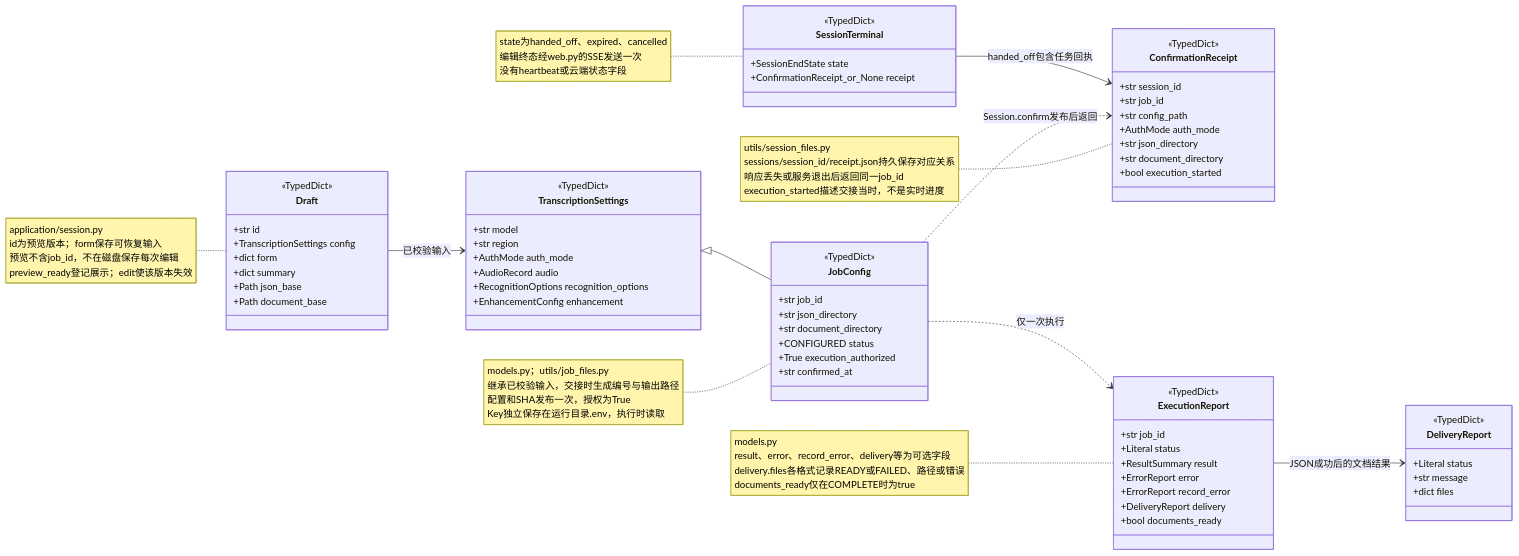
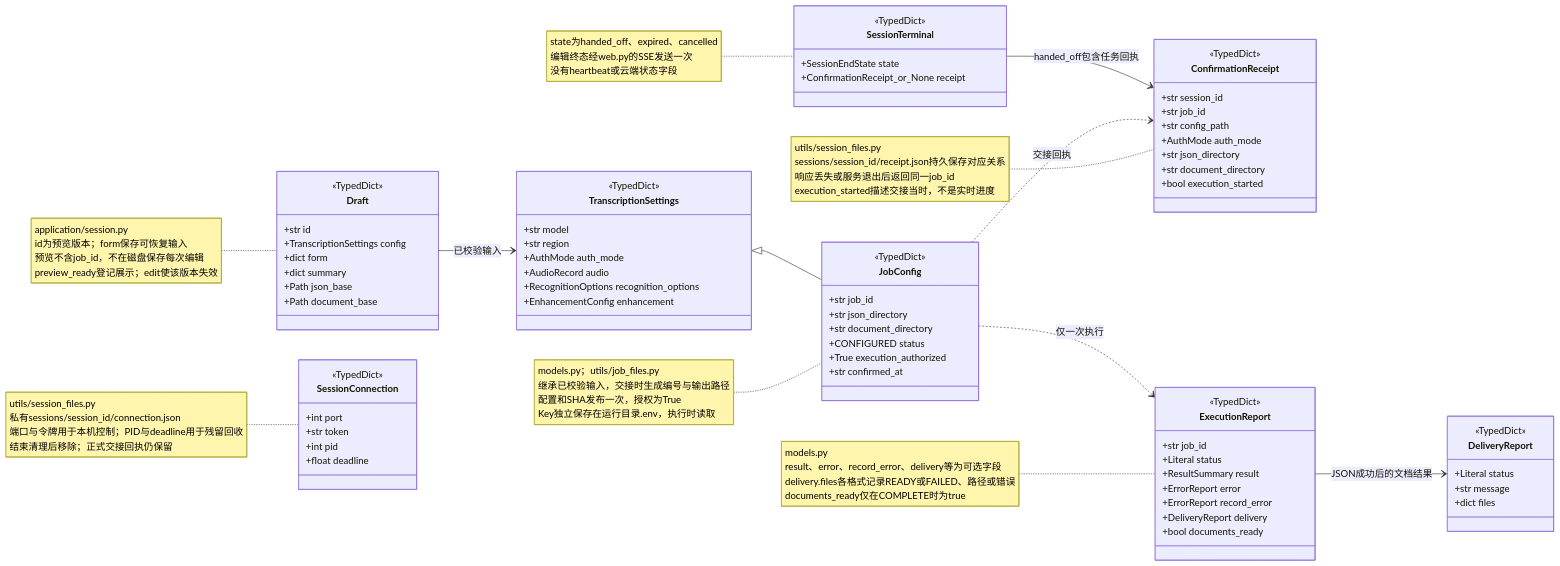
Before and after one commit to hx101700/memoflow: the diagram in doc/uml/01c-protocol.mmd, drawn with Mermaid. The commit also changed 83 other files, not shown here.

```diff
--- a/doc/uml/01c-protocol.mmd
+++ b/doc/uml/01c-protocol.mmd
@@ -1,71 +1,80 @@
 classDiagram
 direction LR
 class TranscriptionSettings {
   <<TypedDict>>
   +str model
   +str region
   +AuthMode auth_mode
   +AudioRecord audio
   +RecognitionOptions recognition_options
   +EnhancementConfig enhancement
 }
 class Draft {
   <<TypedDict>>
   +str id
   +TranscriptionSettings config
   +dict form
   +dict summary
   +Path json_base
   +Path document_base
 }
 class JobConfig {
   <<TypedDict>>
   +str job_id
   +str json_directory
   +str document_directory
   +CONFIGURED status
   +True execution_authorized
   +str confirmed_at
 }
 class ConfirmationReceipt {
   <<TypedDict>>
   +str session_id
   +str job_id
   +str config_path
   +AuthMode auth_mode
   +str json_directory
   +str document_directory
   +bool execution_started
 }
+class SessionConnection {
+  <<TypedDict>>
+  +int port
+  +str token
+  +int pid
+  +float deadline
+}
 class SessionTerminal {
   <<TypedDict>>
   +SessionEndState state
   +ConfirmationReceipt_or_None receipt
 }
 class ExecutionReport {
   <<TypedDict>>
   +str job_id
   +Literal status
   +ResultSummary result
   +ErrorReport error
   +ErrorReport record_error
   +DeliveryReport delivery
   +bool documents_ready
 }
 class DeliveryReport {
   <<TypedDict>>
   +Literal status
   +str message
   +dict files
 }
 TranscriptionSettings <|-- JobConfig
 Draft --> TranscriptionSettings : 已校验输入
-JobConfig ..> ConfirmationReceipt : Session.confirm发布后返回
+JobConfig ..> ConfirmationReceipt : 交接回执
 SessionTerminal --> ConfirmationReceipt : handed_off包含任务回执
 JobConfig ..> ExecutionReport : 仅一次执行
 ExecutionReport --> DeliveryReport : JSON成功后的文档结果
 note for Draft "application/session.py<br/>id为预览版本；form保存可恢复输入<br/>预览不含job_id，不在磁盘保存每次编辑<br/>preview_ready登记展示；edit使该版本失效"
 note for JobConfig "models.py；utils/job_files.py<br/>继承已校验输入，交接时生成编号与输出路径<br/>配置和SHA发布一次，授权为True<br/>Key独立保存在运行目录.env，执行时读取"
 note for ConfirmationReceipt "utils/session_files.py<br/>sessions/session_id/receipt.json持久保存对应关系<br/>响应丢失或服务退出后返回同一job_id<br/>execution_started描述交接当时，不是实时进度"
 note for SessionTerminal "state为handed_off、expired、cancelled<br/>编辑终态经web.py的SSE发送一次<br/>没有heartbeat或云端状态字段"
 note for ExecutionReport "models.py<br/>result、error、record_error、delivery等为可选字段<br/>delivery.files各格式记录READY或FAILED、路径或错误<br/>documents_ready仅在COMPLETE时为true"
+
+note for SessionConnection "utils/session_files.py<br/>私有sessions/session_id/connection.json<br/>端口与令牌用于本机控制；PID与deadline用于残留回收<br/>结束清理后移除；正式交接回执仍保留"
```
